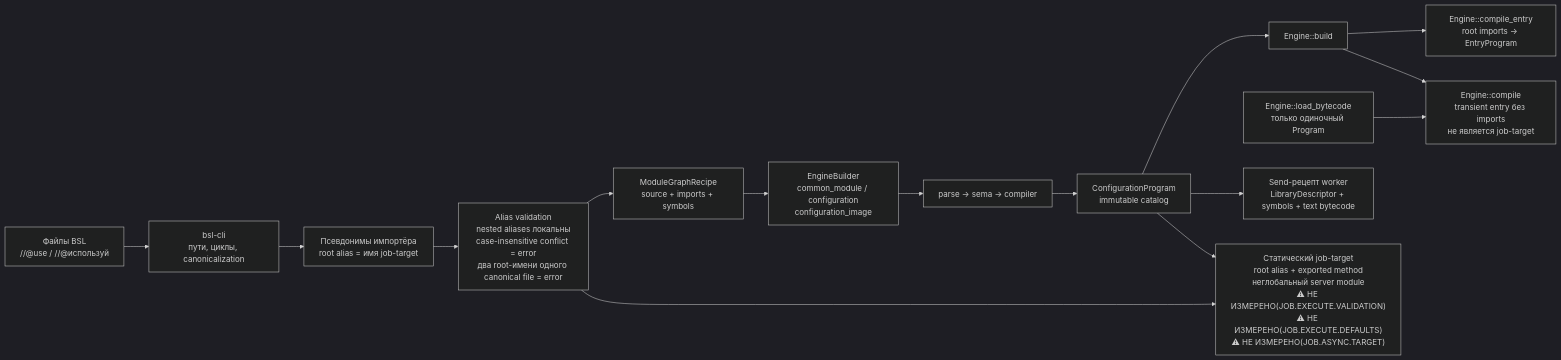
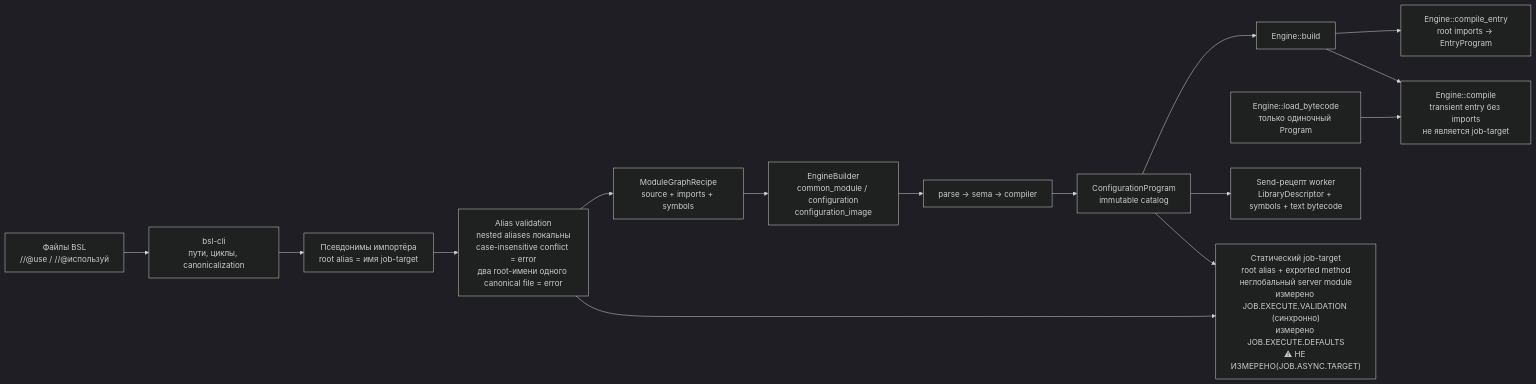
Before and after one commit to dobpilot/open-bsl: the fifth of 21 diagrams in docs/component-architecture.md, drawn with Mermaid (dark theme). The commit also changed other lines of this file and 6 other files, not shown here.

````diff
--- a/docs/component-architecture.md
+++ b/docs/component-architecture.md
@@ -265,26 +272,26 @@
 ```mermaid
 flowchart LR
     files["Файлы BSL<br/>//@use / //@используй"]
     scan["bsl-cli<br/>пути, циклы, canonicalization"]
     aliases["Псевдонимы импортёра<br/>root alias = имя job-target"]
     alias_validation["Alias validation<br/>nested aliases локальны<br/>case-insensitive conflict = error<br/>два root-имени одного canonical file = error"]
     recipe["ModuleGraphRecipe<br/>source + imports + symbols"]
     builder["EngineBuilder<br/>common_module / configuration<br/>configuration_image"]
     frontend["parse → sema → compiler"]
     catalog["ConfigurationProgram<br/>immutable catalog"]
     engine["Engine::build"]
     entry["Engine::compile_entry<br/>root imports → EntryProgram"]
     plain["Engine::compile<br/>transient entry без imports<br/>не является job-target"]
     load["Engine::load_bytecode<br/>только одиночный Program"]
     worker_recipe["Send-рецепт worker<br/>LibraryDescriptor + symbols + text bytecode"]
-    target["Статический job-target<br/>root alias + exported method<br/>неглобальный server module<br/>⚠ НЕ ИЗМЕРЕНО(JOB.EXECUTE.VALIDATION)<br/>⚠ НЕ ИЗМЕРЕНО(JOB.EXECUTE.DEFAULTS)<br/>⚠ НЕ ИЗМЕРЕНО(JOB.ASYNC.TARGET)"]
+    target["Статический job-target<br/>root alias + exported method<br/>неглобальный server module<br/>измерено JOB.EXECUTE.VALIDATION (синхронно)<br/>измерено JOB.EXECUTE.DEFAULTS<br/>⚠ НЕ ИЗМЕРЕНО(JOB.ASYNC.TARGET)"]
 
     files --> scan --> aliases --> alias_validation --> recipe --> builder
     builder --> frontend --> catalog --> engine
     engine --> entry
     engine --> plain
     load --> plain
     catalog --> worker_recipe
     alias_validation --> target
     catalog --> target
 ```
````
